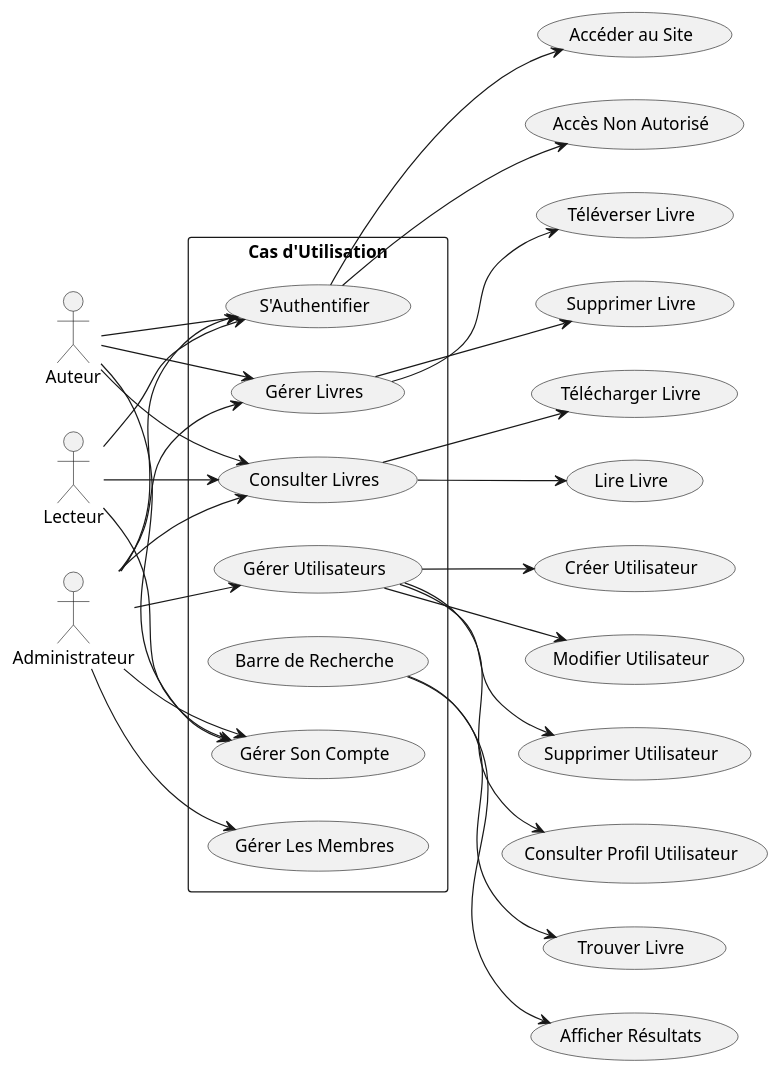
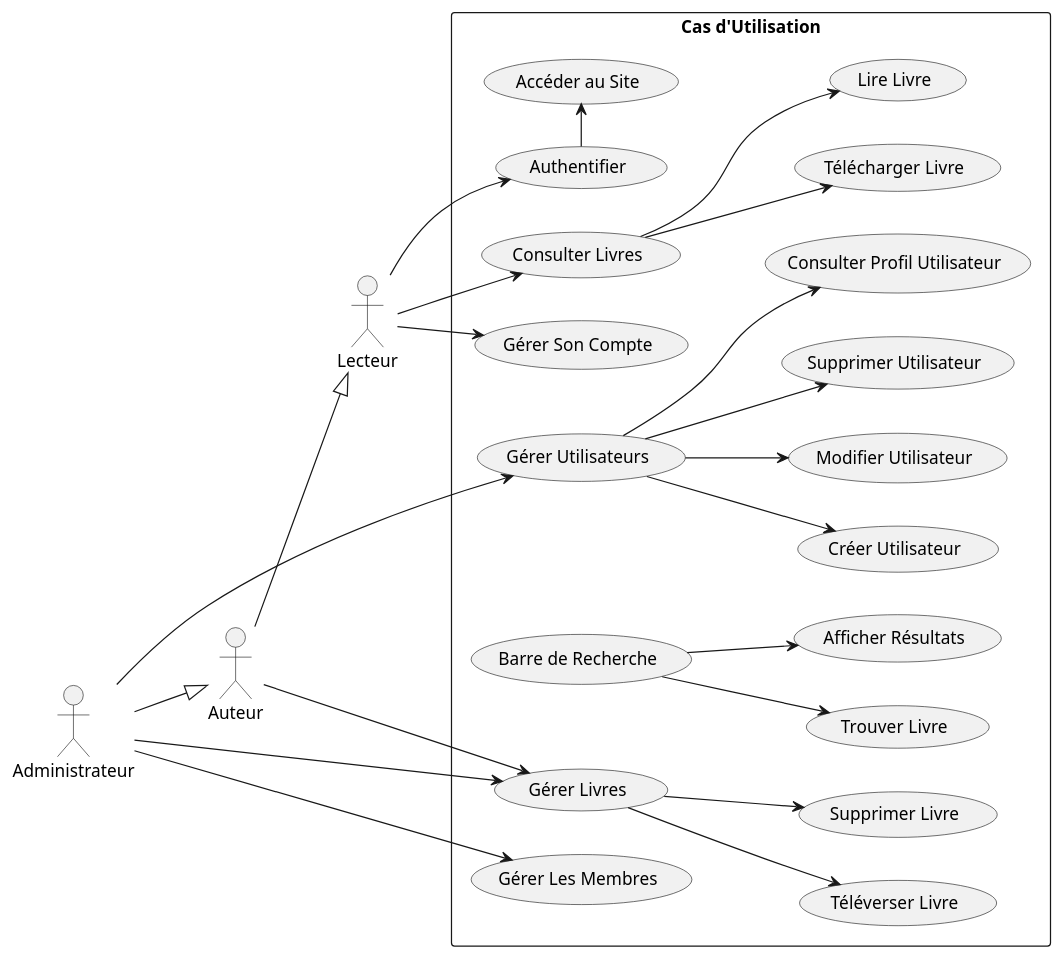
The diagram in adm/analyse/UML/usecasgénéral.puml (rudylopez8/symfoLivre), drawn with PlantUML before and after one commit.

Commit message:
Correction UML

```diff
--- a/adm/analyse/UML/usecasgénéral.puml
+++ b/adm/analyse/UML/usecasgénéral.puml
@@ -1,45 +1,58 @@
 @startuml
 skinparam actorStyle actor
 left to right direction
 actor Auteur as Auteur
 actor Lecteur as Lecteur
 actor Administrateur as Admin
 
 rectangle "Cas d'Utilisation" {
-  (S'Authentifier)
+  (Authentifier)
   (Gérer Utilisateurs)
   (Gérer Livres)
   (Consulter Livres)
   (Barre de Recherche)
   (Gérer Son Compte)
   (Gérer Les Membres)
-}
 
-Auteur --> (S'Authentifier)
+
+Lecteur --> (Authentifier)
+Lecteur --> (Consulter Livres)
+Lecteur --> (Gérer Son Compte)
+
+/' Auteur --> (Authentifier)  
 Auteur --> (Consulter Livres)
+Auteur --> (Gérer Son Compte) '/
 Auteur --> (Gérer Livres)
-Lecteur --> (S'Authentifier)
-Lecteur --> (Consulter Livres)
-Admin --> (S'Authentifier)
+Auteur -down-|> Lecteur
+
+/' Admin --> (Authentifier)
 Admin --> (Consulter Livres)
+Admin --> (Gérer Son Compte) '/
+
 Admin --> (Gérer Utilisateurs)
 Admin --> (Gérer Livres)
-Auteur --> (Gérer Son Compte)
-Lecteur --> (Gérer Son Compte)
-Admin --> (Gérer Son Compte)
 Admin --> (Gérer Les Membres)
 
-(S'Authentifier) --> (Accéder au Site)
-(S'Authentifier) --> (Accès Non Autorisé)
+Admin -down-|> Auteur 
+
+(Authentifier) -> (Accéder au Site)
+/'(Authentifier) .>(Consulter Livres)
+(Authentifier) .> (Gérer Son Compte)
+(Authentifier) .> (Gérer Livres)
+(Authentifier) .> (Gérer Utilisateurs) '/
+
+/'(Authentifier) --> (Accès Non Autorisé) '/
 (Gérer Utilisateurs) --> (Créer Utilisateur)
 (Gérer Utilisateurs) --> (Modifier Utilisateur)
 (Gérer Utilisateurs) --> (Supprimer Utilisateur)
 (Gérer Utilisateurs) --> (Consulter Profil Utilisateur)
 (Consulter Livres) --> (Télécharger Livre)
 (Consulter Livres) --> (Lire Livre)
 (Gérer Livres) --> (Téléverser Livre)
 (Gérer Livres) --> (Supprimer Livre)
 (Barre de Recherche) --> (Trouver Livre)
 (Barre de Recherche) --> (Afficher Résultats)
 
+}
+
 @enduml
```
